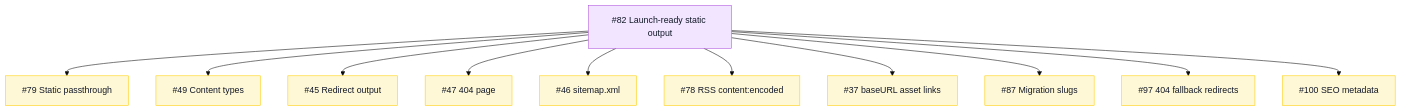
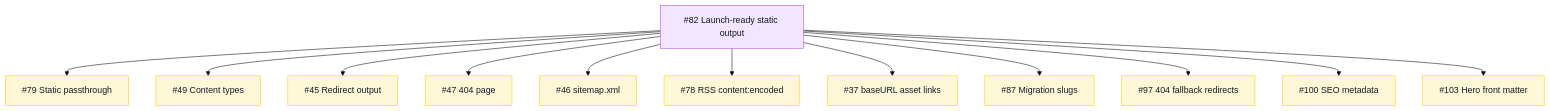
The fifth of 9 diagrams in README.md (TileDown/tile-down), drawn with Mermaid (base theme) before and after one commit. The commit also changed 7 other files, not shown here.

Commit message:
feat(site): accept hero front matter for images

````diff
--- a/README.md
+++ b/README.md
@@ -118,17 +118,18 @@
 ```mermaid
 flowchart TD
   Epic["#82 Launch-ready static output"]:::epic
   Epic --> Static["#79 Static passthrough"]:::review
   Epic --> Types["#49 Content types"]:::review
   Epic --> Redirects["#45 Redirect output"]:::review
   Epic --> NotFound["#47 404 page"]:::review
   Epic --> Sitemap["#46 sitemap.xml"]:::review
   Epic --> RSS["#78 RSS content:encoded"]:::review
   Epic --> BaseURL["#37 baseURL asset links"]:::review
   Epic --> Slugs["#87 Migration slugs"]:::review
   Epic --> Fallbacks["#97 404 fallback redirects"]:::review
   Epic --> Metadata["#100 SEO metadata"]:::review
+  Epic --> HeroFM["#103 Hero front matter"]:::review
 
   classDef epic fill:#f2e5ff,stroke:#af52de,color:#111827
   classDef review fill:#fff8d6,stroke:#ffcc00,color:#111827
 ```
````
